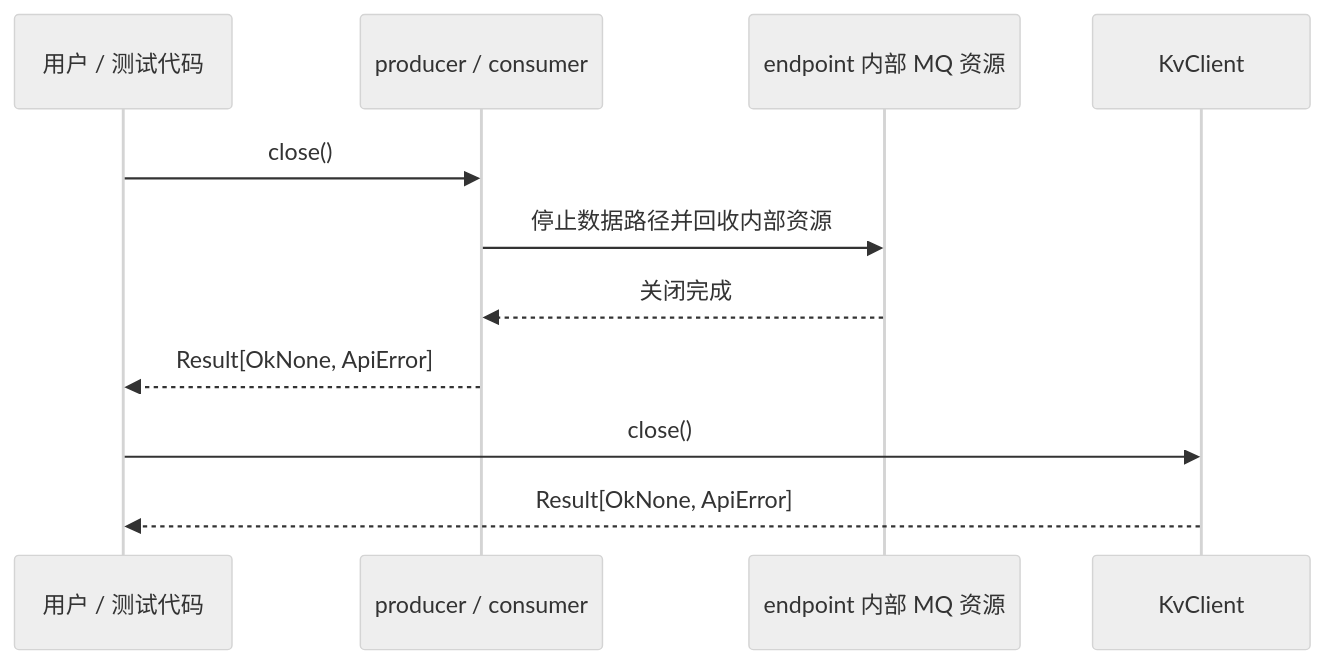
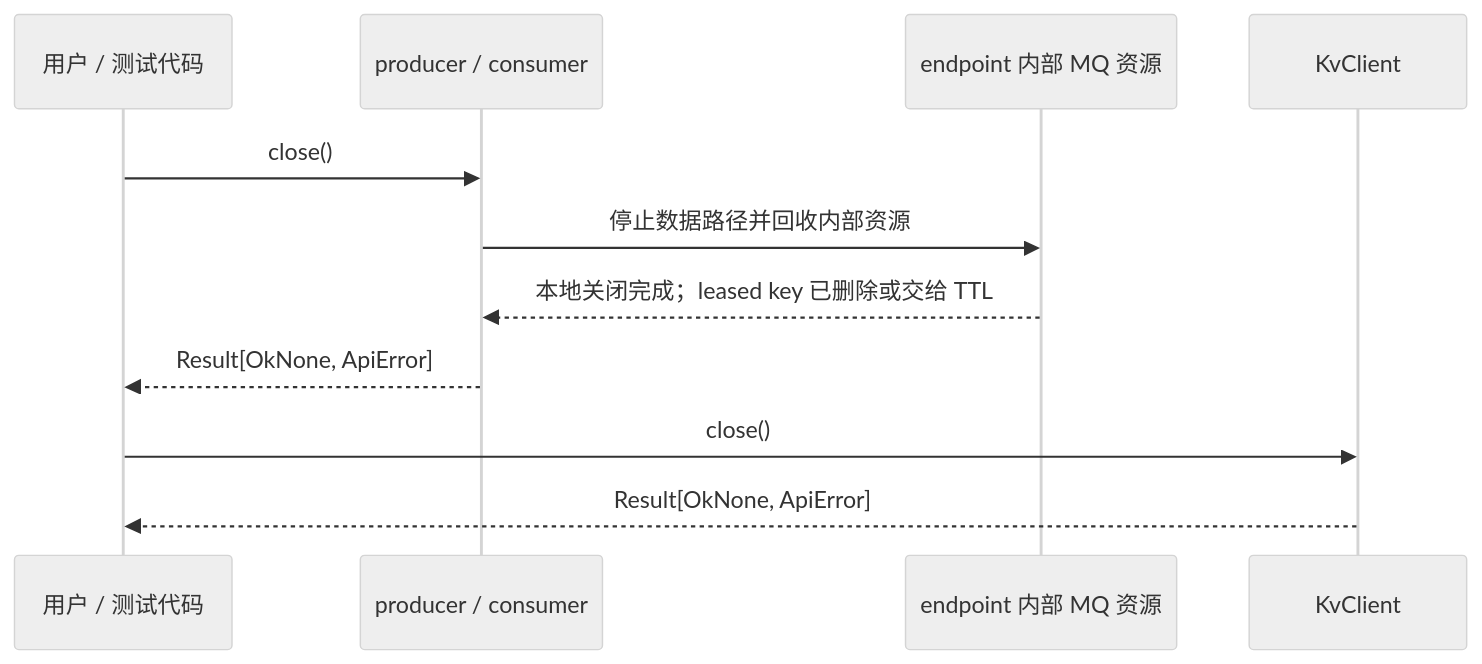
The diagram in fluxon_doc_cn/user_doc/用户 - 4 - MQ接口.md (Tele-AI/Fluxon), drawn with Mermaid (neutral theme) before and after one commit. The commit also changed other lines of this file and 7 other files, not shown here.

````diff
--- a/fluxon_doc_cn/user_doc/用户 - 4 - MQ接口.md
+++ b/fluxon_doc_cn/user_doc/用户 - 4 - MQ接口.md
@@ -271,14 +281,14 @@
 ```mermaid
 sequenceDiagram
     participant App as 用户 / 测试代码
     participant Endpoint as producer / consumer
     participant Internal as endpoint 内部 MQ 资源
     participant Store as KvClient
 
     App->>Endpoint: close()
     Endpoint->>Internal: 停止数据路径并回收内部资源
-    Internal-->>Endpoint: 关闭完成
+    Internal-->>Endpoint: 本地关闭完成；leased key 已删除或交给 TTL
     Endpoint-->>App: Result[OkNone, ApiError]
     App->>Store: close()
     Store-->>App: Result[OkNone, ApiError]
 ```
````
